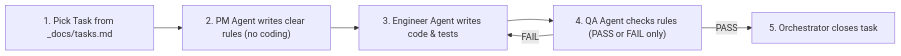
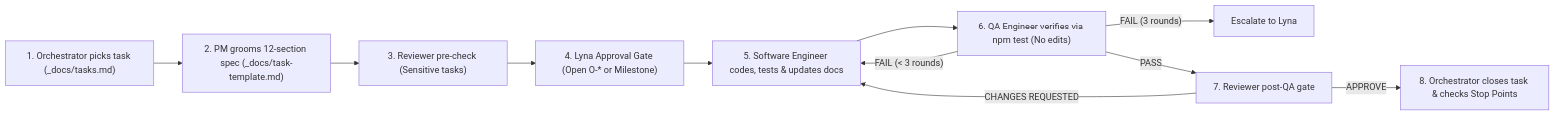
Before and after one commit to lyna-asma/project1-dtc: the second of 2 diagrams in docs/06-devops-testing-and-workflow.md, drawn with Mermaid. The commit also changed other lines of this file and 19 other files, not shown here.

Commit message:
docs: align Blendinar v1 product plan, 9-milestone backlog, ADRs, and visual diagrams

````diff
--- a/docs/06-devops-testing-and-workflow.md
+++ b/docs/06-devops-testing-and-workflow.md
@@ -62,8 +67,13 @@
 ```mermaid
 flowchart LR
-    Backlog["1. Pick Task from _docs/tasks.md"] --> PM["2. PM Agent writes clear rules (no coding)"]
-    PM --> Eng["3. Engineer Agent writes code & tests"]
-    Eng --> QA["4. QA Agent checks rules (PASS or FAIL only)"]
-    QA -->|FAIL| Eng
-    QA -->|PASS| Close["5. Orchestrator closes task"]
+    Backlog["1. Orchestrator picks task (_docs/tasks.md)"] --> PM["2. PM grooms 12-section spec (_docs/task-template.md)"]
+    PM --> PreRev["3. Reviewer pre-check (Sensitive tasks)"]
+    PreRev --> Gate["4. Lyna Approval Gate (Open O-* or Milestone)"]
+    Gate --> Eng["5. Software Engineer codes, tests & updates docs"]
+    Eng --> QA["6. QA Engineer verifies via npm test (No edits)"]
+    QA -->|"FAIL (< 3 rounds)"| Eng
+    QA -->|"FAIL (3 rounds)"| Escalate["Escalate to Lyna"]
+    QA -->|"PASS"| PostRev["7. Reviewer post-QA gate"]
+    PostRev -->|"CHANGES REQUESTED"| Eng
+    PostRev -->|"APPROVE"| Close["8. Orchestrator closes task & checks Stop Points"]
 ```
````
